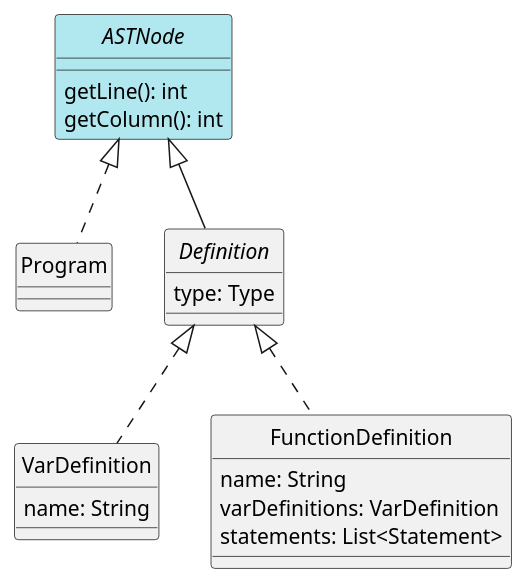
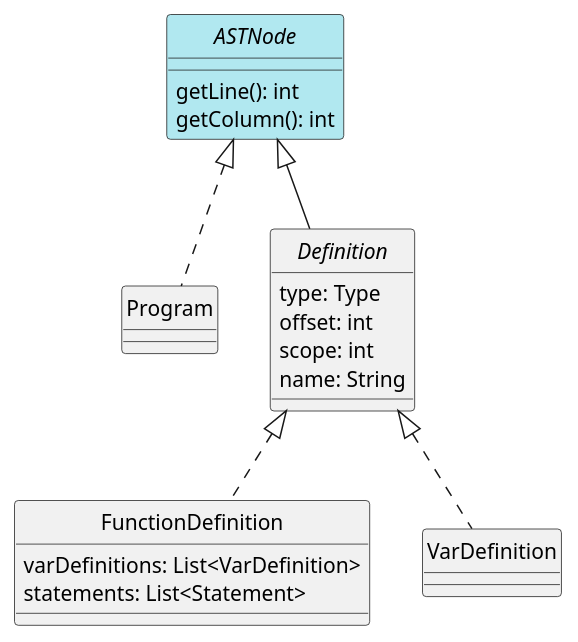
Before and after one commit to alvesit0/DLP-Compiler: the diagram in docs/diagrams/program.plantuml, drawn with PlantUML. The commit also changed 17 other files, not shown here.

```diff
--- a/docs/diagrams/program.plantuml
+++ b/docs/diagrams/program.plantuml
@@ -1,33 +1,31 @@
 @startuml Program
 skinparam style strictuml
 skinparam monochrome false
 
 
 interface ASTNode #b1e8f0 {
     getLine(): int
     getColumn(): int
 }
 
 class Program
 
 ASTNode <|.. Program
 
 interface Definition {
     type: Type
-}
-
-class VarDefinition {
+    offset: int
+    scope: int
     name: String
 }
 
 class FunctionDefinition {
-    name: String
-    varDefinitions: VarDefinition
+    varDefinitions: List<VarDefinition>
     statements: List<Statement>
 }
 
 ASTNode <|-- Definition
 Definition <|..VarDefinition
 Definition <|.. FunctionDefinition
 
 @enduml
```
